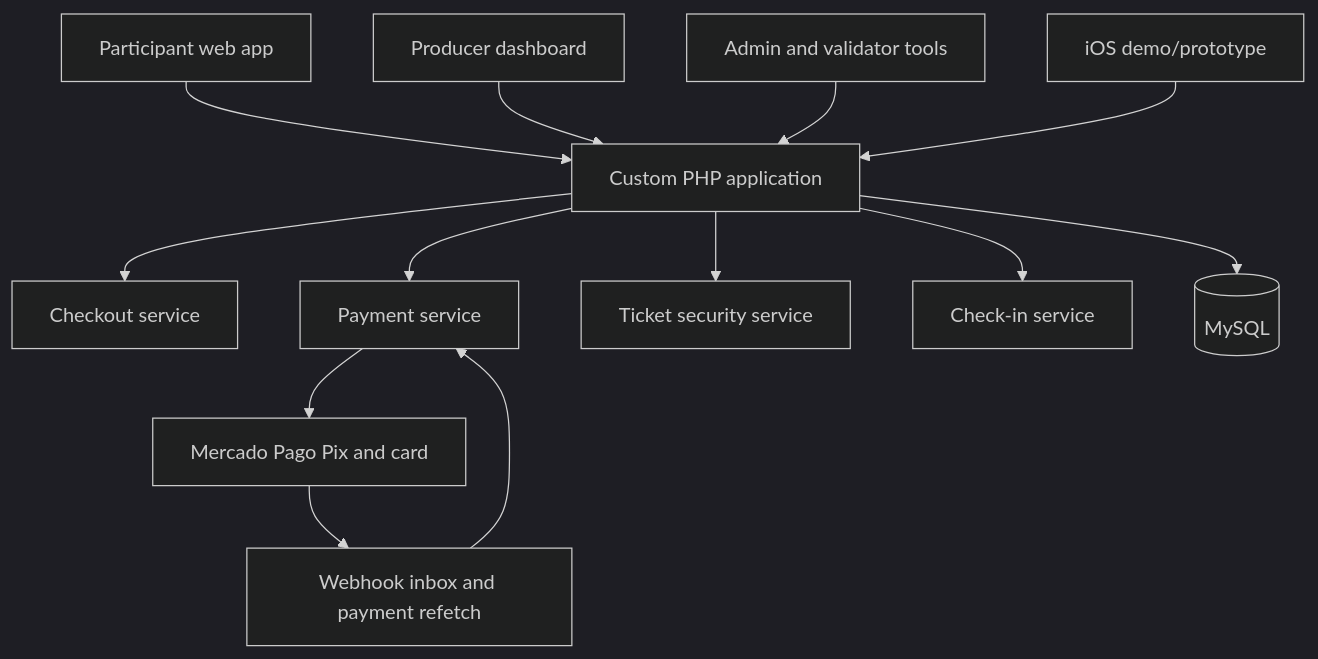
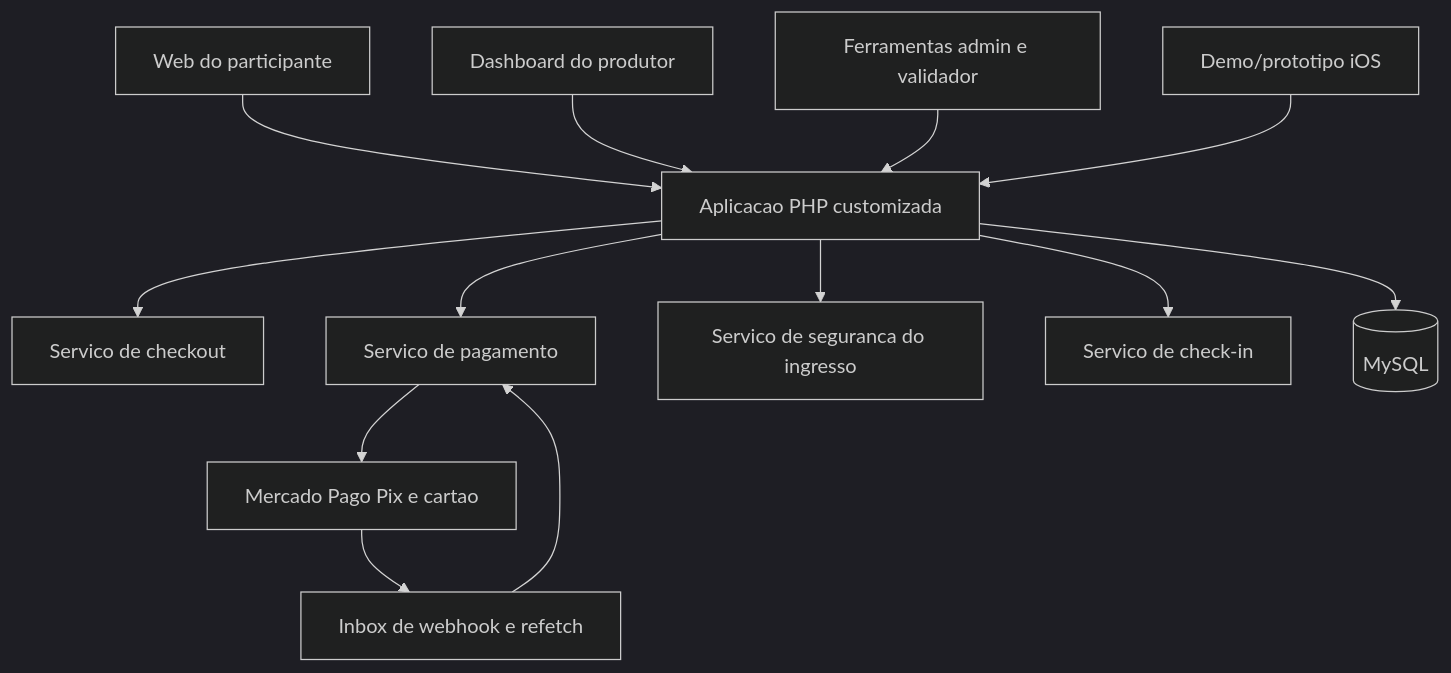
One commit to filpe19/tickiton-case-study changed the second of 2 diagrams in README.md. Above: the diagram before and after it, drawn with Mermaid (dark theme). The commit also changed other lines of this file, not shown here.

````diff
--- a/README.md
+++ b/README.md
@@ -40,17 +40,17 @@
 ```mermaid
 flowchart TB
-    A[Participant web app] --> D[Custom PHP application]
-    B[Producer dashboard] --> D
-    C[Admin and validator tools] --> D
-    M[iOS demo/prototype] --> D
+    A[Web do participante] --> D[Aplicacao PHP customizada]
+    B[Dashboard do produtor] --> D
+    C[Ferramentas admin e validador] --> D
+    M[Demo/prototipo iOS] --> D
 
-    D --> E[Checkout service]
-    D --> F[Payment service]
-    D --> G[Ticket security service]
-    D --> H[Check-in service]
+    D --> E[Servico de checkout]
+    D --> F[Servico de pagamento]
+    D --> G[Servico de seguranca do ingresso]
+    D --> H[Servico de check-in]
     D --> I[(MySQL)]
 
-    F --> J[Mercado Pago Pix and card]
-    J --> K[Webhook inbox and payment refetch]
+    F --> J[Mercado Pago Pix e cartao]
+    J --> K[Inbox de webhook e refetch]
     K --> F
 ```
````
